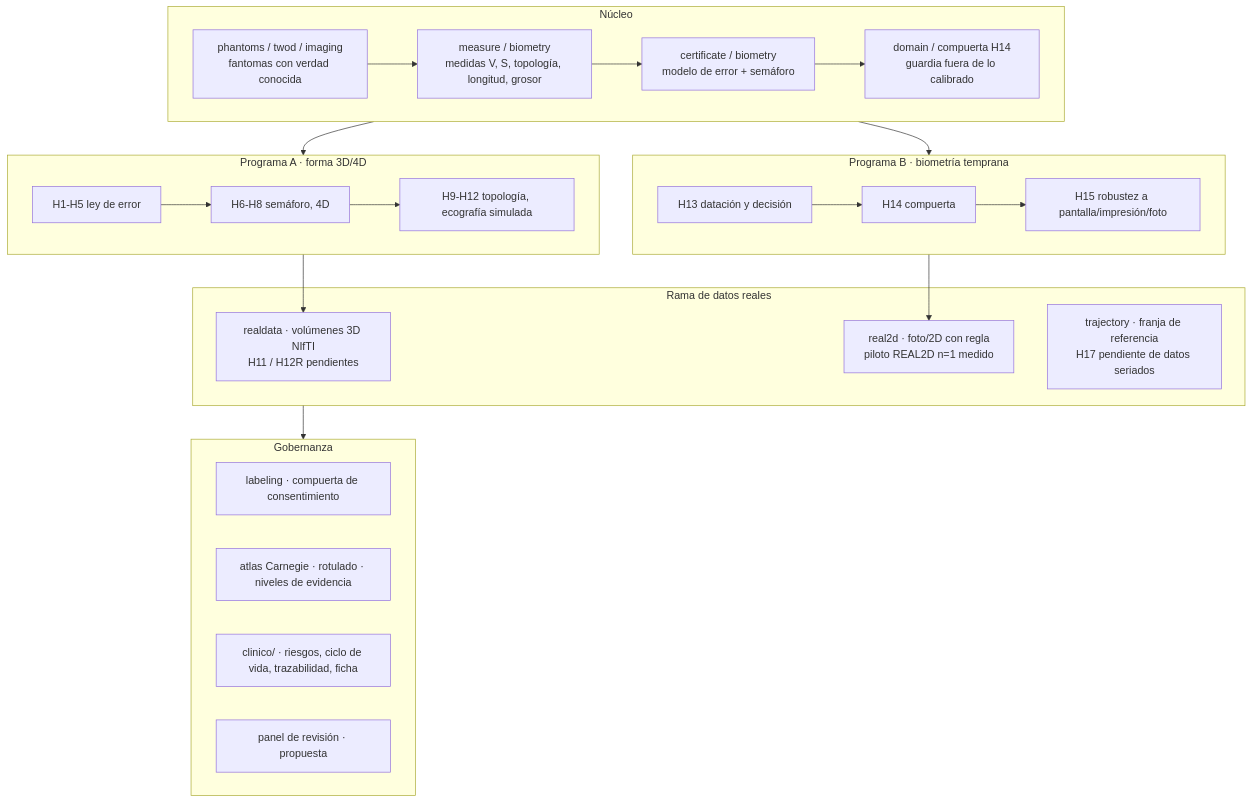
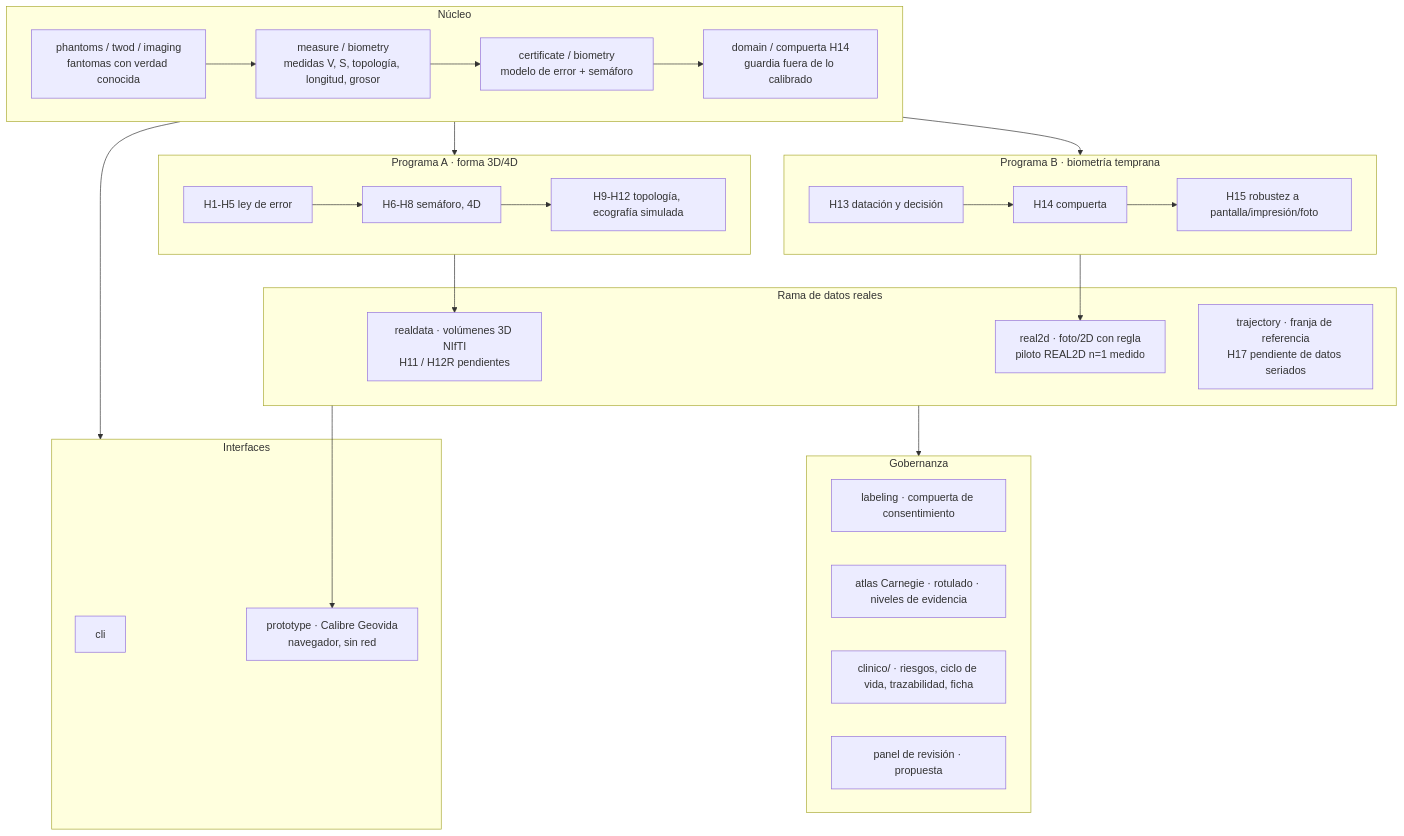
Before and after one commit to fabiantrelles593-arch/Estudio-Embrionario: the diagram in docs/ARQUITECTURA.md, drawn with Mermaid. The commit also changed other lines of this file and 15 other files, not shown here.

First line of the commit message:
v0.11: Calibre Geovida, prototipo en el navegador (calibrar escala, medir CRL, edad con incertidumbre, semaforo sin verde, huella de la imagen, franja de referencia)

````diff
--- a/docs/ARQUITECTURA.md
+++ b/docs/ARQUITECTURA.md
@@ -6,30 +6,36 @@
 ```mermaid
 flowchart TB
   subgraph N[Núcleo]
     P[phantoms / twod / imaging<br/>fantomas con verdad conocida] --> M[measure / biometry<br/>medidas V, S, topología, longitud, grosor]
     M --> C[certificate / biometry<br/>modelo de error + semáforo]
     C --> G[domain / compuerta H14<br/>guardia fuera de lo calibrado]
   end
   subgraph A[Programa A · forma 3D/4D]
     A1[H1-H5 ley de error] --> A2[H6-H8 semáforo, 4D] --> A3[H9-H12 topología, ecografía simulada]
   end
   subgraph B[Programa B · biometría temprana]
     B1[H13 datación y decisión] --> B2[H14 compuerta] --> B3[H15 robustez a pantalla/impresión/foto]
   end
   subgraph R[Rama de datos reales]
     R1[realdata · volúmenes 3D NIfTI<br/>H11 / H12R pendientes] 
     R2[real2d · foto/2D con regla<br/>piloto REAL2D n=1 medido]
     R3[trajectory · franja de referencia<br/>H17 pendiente de datos seriados]
   end
   subgraph Y[Gobernanza]
     Y1[labeling · compuerta de consentimiento] 
     Y2[atlas Carnegie · rotulado · niveles de evidencia]
     Y3[clinico/ · riesgos, ciclo de vida, trazabilidad, ficha]
     Y4[panel de revisión · propuesta]
   end
+  subgraph U[Interfaces]
+    U1[cli]
+    U2[prototype · Calibre Geovida<br/>navegador, sin red]
+  end
   N --> A
   N --> B
   A --> R1
   B --> R2
   R --> Y
+  N --> U
+  R --> U2
 ```
````
